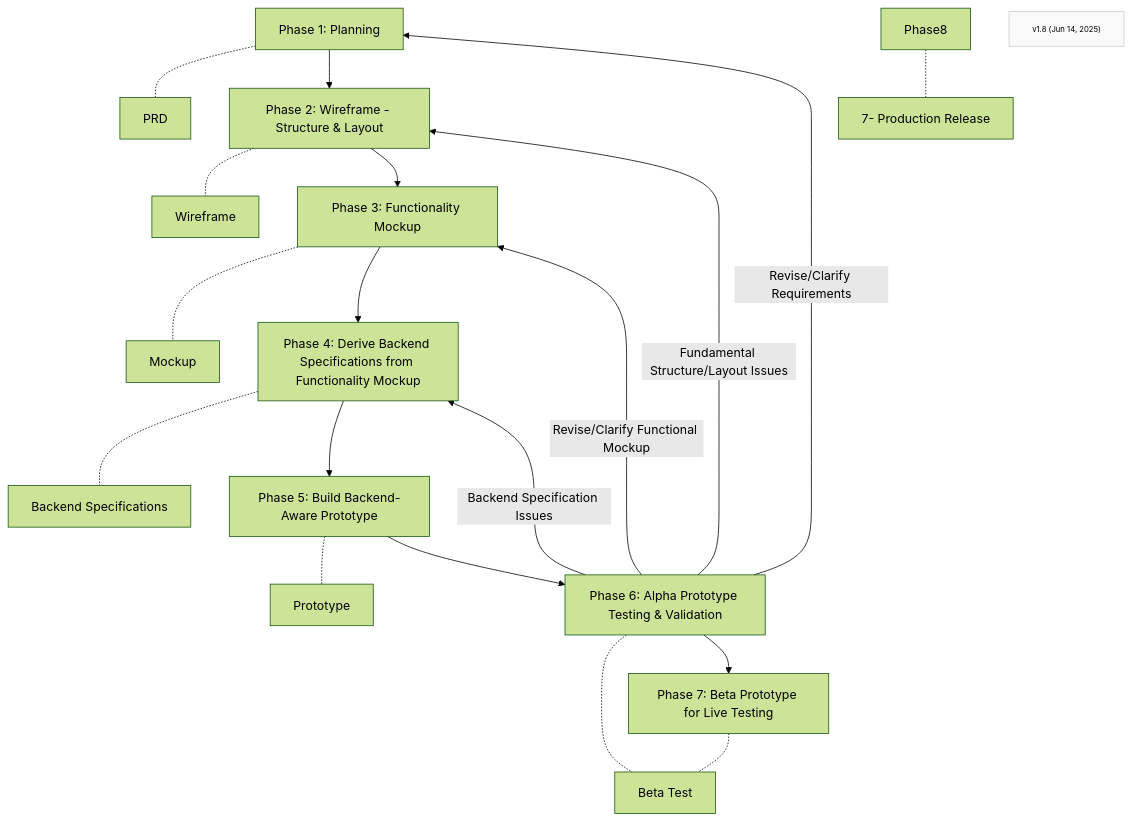
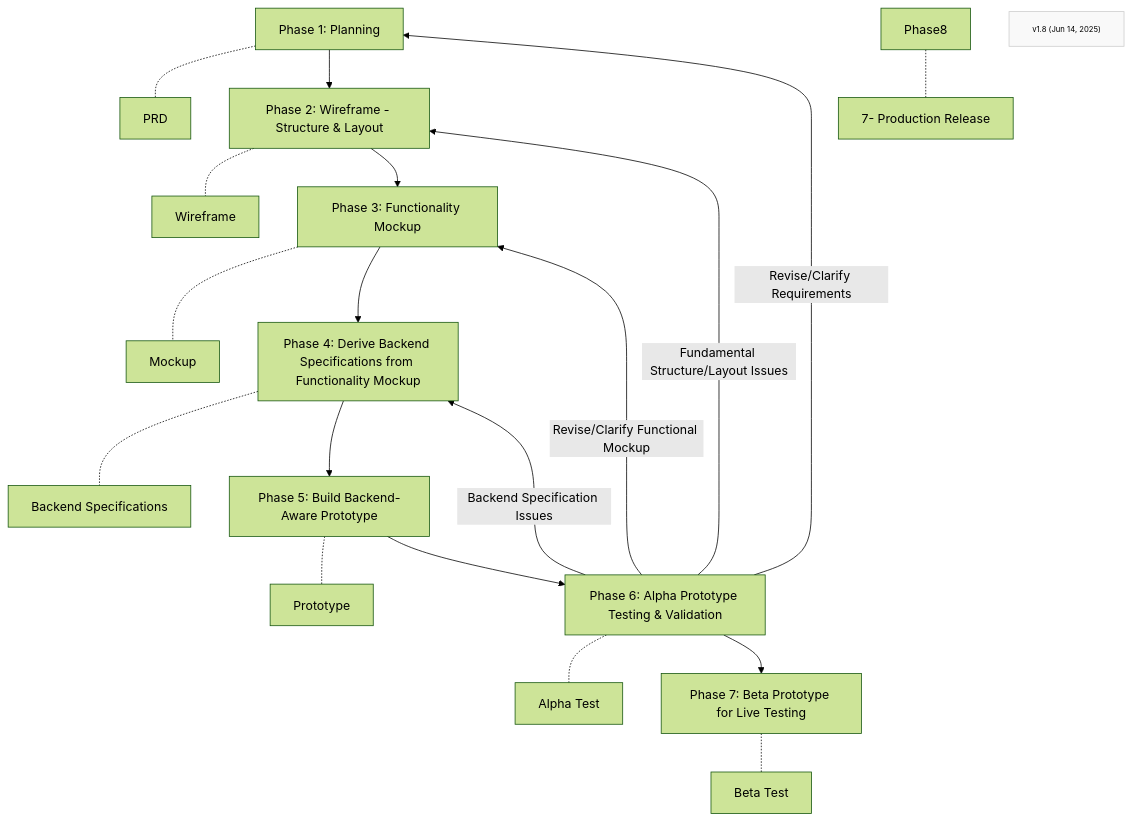
The first of 2 diagrams in Phases/FF-overview.md (Mharbulous/Front-First-Method), drawn with Mermaid (forest theme) before and after one commit.

````diff
--- a/Phases/FF-overview.md
+++ b/Phases/FF-overview.md
@@ -1,28 +1,28 @@
 ```mermaid
 graph TD
     
     Phase1["Phase 1: Planning"] -.- PRD["PRD"]
     Phase1 --> Phase2["Phase 2: Wireframe - Structure & Layout"]
     Phase2 -.- Wireframe["Wireframe"]
     Phase2 --> Phase3["Phase 3: Functionality Mockup"]
     Phase3 -.- Mockup["Mockup"]
     Phase3 --> Phase4["Phase 4: Derive Backend Specifications from Functionality Mockup"]
     Phase4 -.- Specs["Backend Specifications"]
     Phase4 --> Phase5["Phase 5: Build Backend-Aware Prototype"]
     Phase5 -.- Prototype["Prototype"]
     Phase5 --> Phase6["Phase 6: Alpha Prototype Testing & Validation"]
     Phase6 -.- Alpha["Alpha Test"]
     Phase6 --> Phase7["Phase 7: Beta Prototype for Live Testing"]    
     Phase6 -->|Revise/Clarify Requirements| Phase1
     Phase6 -->|Fundamental Structure/Layout Issues| Phase2
     Phase6 -->|Revise/Clarify Functional Mockup| Phase3
     Phase6 -->|Backend Specification Issues| Phase4    
-    Phase7 -.- Alpha["Beta Test"]  
+    Phase7 -.- Beta["Beta Test"]  
     Phase8 -.- Production["7- Production Release"]
 
        
 
     VersionInfo["v1.8 (Jun 14, 2025)"]
     classDef version fill:#f9f9f9,stroke:#ccc,font-size:10px;
     class VersionInfo version
 ```
````
